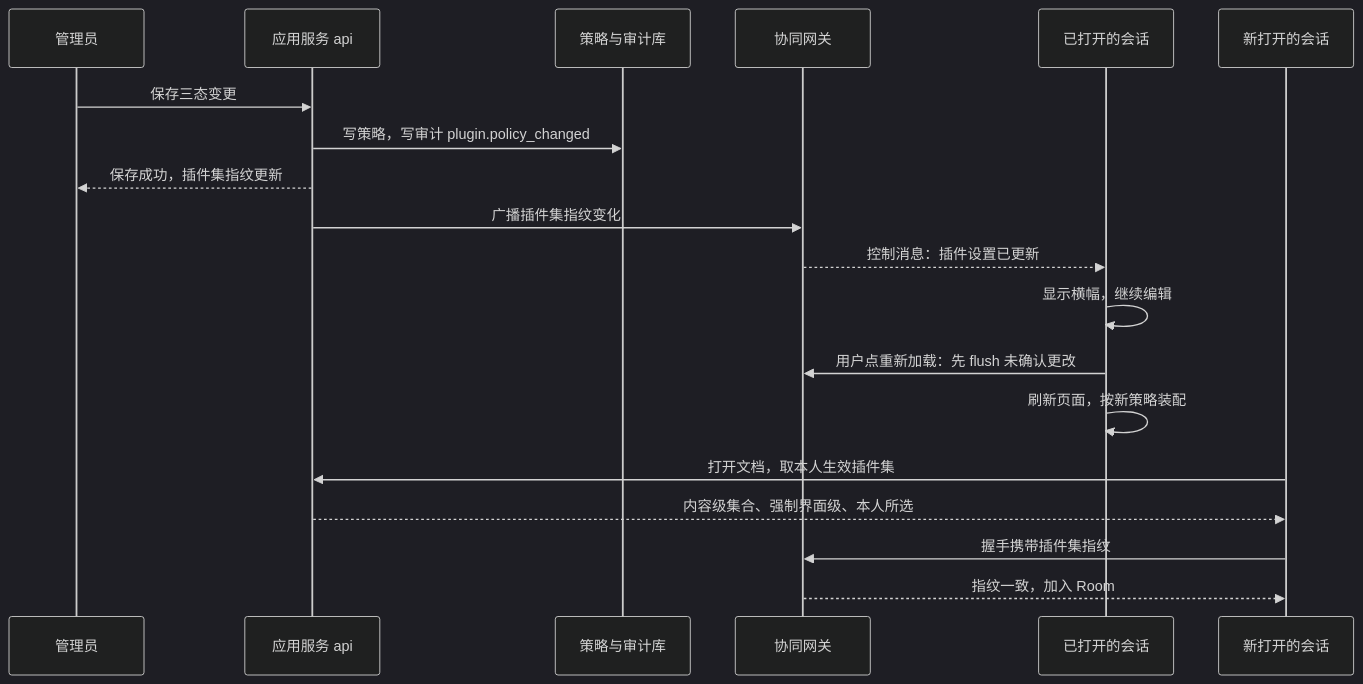
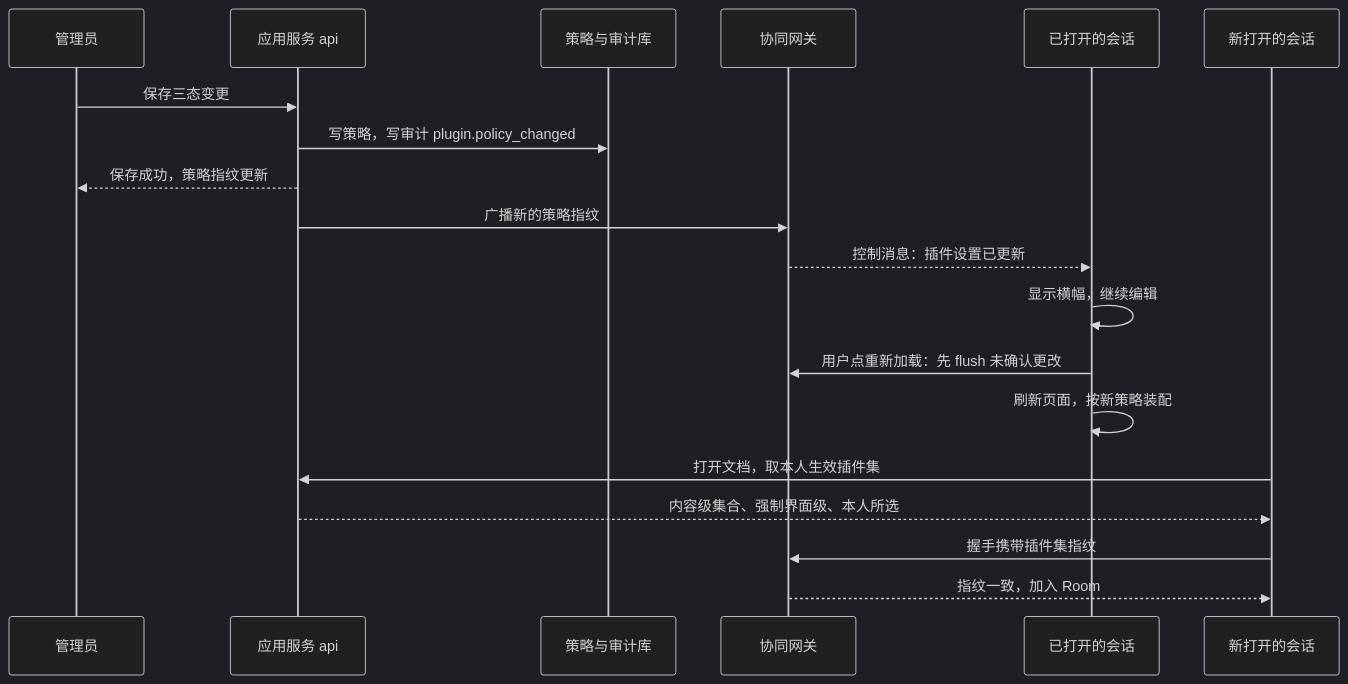
Before and after one commit to Xeonice/cordis-ppt-editor: the fourth of 5 diagrams in docs/10-prd/03-features/09-plugin-manager.md, drawn with Mermaid (dark theme). The commit also changed other lines of this file and 19 other files, not shown here.

````diff
--- a/docs/10-prd/03-features/09-plugin-manager.md
+++ b/docs/10-prd/03-features/09-plugin-manager.md
@@ -249,21 +253,21 @@
 ```mermaid
 sequenceDiagram
   participant adm as 管理员
   participant api as 应用服务 api
   participant db as 策略与审计库
   participant col as 协同网关
   participant old as 已打开的会话
   participant neo as 新打开的会话
   adm->>api: 保存三态变更
   api->>db: 写策略，写审计 plugin.policy_changed
-  api-->>adm: 保存成功，插件集指纹更新
-  api->>col: 广播插件集指纹变化
+  api-->>adm: 保存成功，策略指纹更新
+  api->>col: 广播新的策略指纹
   col-->>old: 控制消息：插件设置已更新
   old->>old: 显示横幅，继续编辑
   old->>col: 用户点重新加载：先 flush 未确认更改
   old->>old: 刷新页面，按新策略装配
   neo->>api: 打开文档，取本人生效插件集
   api-->>neo: 内容级集合、强制界面级、本人所选
   neo->>col: 握手携带插件集指纹
   col-->>neo: 指纹一致，加入 Room
 ```
````
